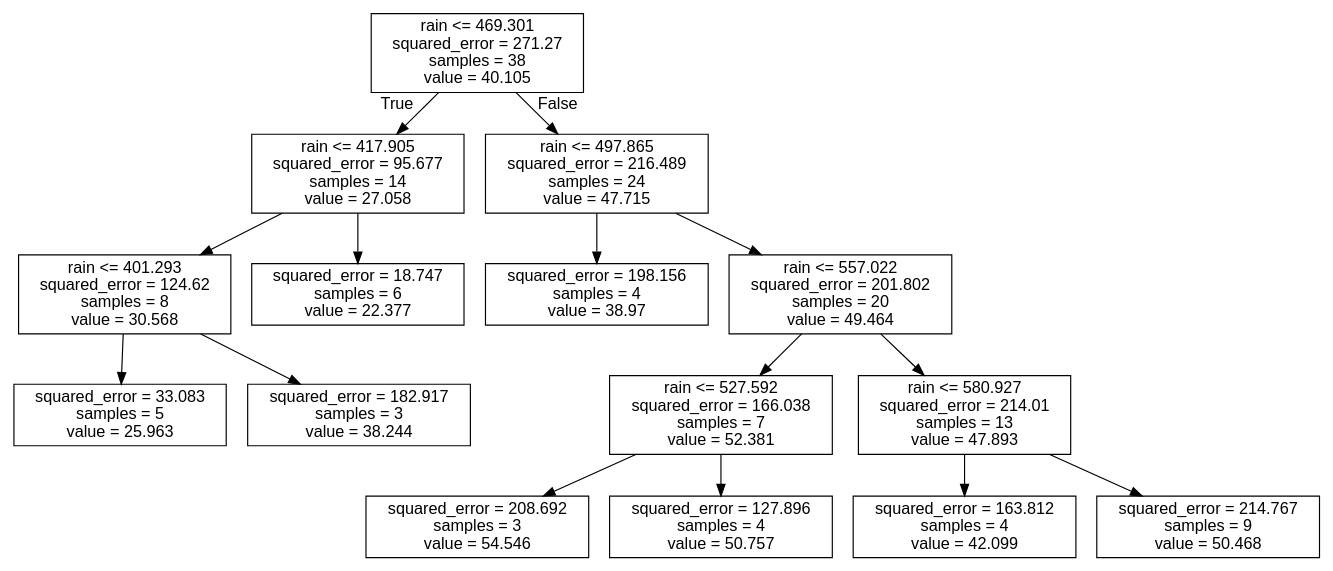
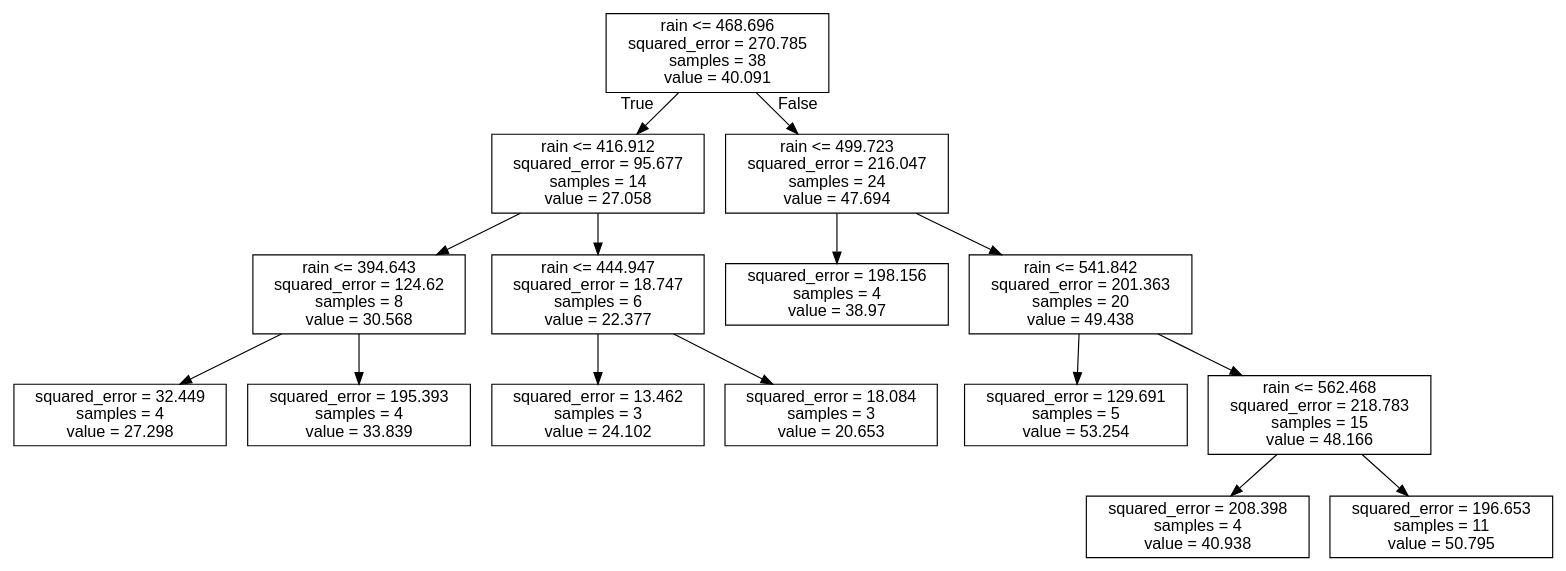
One commit to LeahJB/gbn-vansjo changed the diagram in Figures/Discretization_regTrees/DotFiles/6Mseasons_colour-rain.dot. Above: the diagram before and after it, drawn with Graphviz. The commit also changed 97 other files, not shown here.

```diff
--- a/Figures/Discretization_regTrees/DotFiles/6Mseasons_colour-rain.dot
+++ b/Figures/Discretization_regTrees/DotFiles/6Mseasons_colour-rain.dot
@@ -1,33 +1,33 @@
 digraph Tree {
 node [shape=box, fontname="helvetica"] ;
 edge [fontname="helvetica"] ;
-0 [label="rain <= 469.301\nsquared_error = 271.27\nsamples = 38\nvalue = 40.105"] ;
-1 [label="rain <= 417.905\nsquared_error = 95.677\nsamples = 14\nvalue = 27.058"] ;
+0 [label="rain <= 468.696\nsquared_error = 270.785\nsamples = 38\nvalue = 40.091"] ;
+1 [label="rain <= 416.912\nsquared_error = 95.677\nsamples = 14\nvalue = 27.058"] ;
 0 -> 1 [labeldistance=2.5, labelangle=45, headlabel="True"] ;
-5 [label="rain <= 401.293\nsquared_error = 124.62\nsamples = 8\nvalue = 30.568"] ;
+5 [label="rain <= 394.643\nsquared_error = 124.62\nsamples = 8\nvalue = 30.568"] ;
 1 -> 5 ;
-7 [label="squared_error = 33.083\nsamples = 5\nvalue = 25.963"] ;
-5 -> 7 ;
-8 [label="squared_error = 182.917\nsamples = 3\nvalue = 38.244"] ;
-5 -> 8 ;
-6 [label="squared_error = 18.747\nsamples = 6\nvalue = 22.377"] ;
+11 [label="squared_error = 32.449\nsamples = 4\nvalue = 27.298"] ;
+5 -> 11 ;
+12 [label="squared_error = 195.393\nsamples = 4\nvalue = 33.839"] ;
+5 -> 12 ;
+6 [label="rain <= 444.947\nsquared_error = 18.747\nsamples = 6\nvalue = 22.377"] ;
 1 -> 6 ;
-2 [label="rain <= 497.865\nsquared_error = 216.489\nsamples = 24\nvalue = 47.715"] ;
+13 [label="squared_error = 13.462\nsamples = 3\nvalue = 24.102"] ;
+6 -> 13 ;
+14 [label="squared_error = 18.084\nsamples = 3\nvalue = 20.653"] ;
+6 -> 14 ;
+2 [label="rain <= 499.723\nsquared_error = 216.047\nsamples = 24\nvalue = 47.694"] ;
 0 -> 2 [labeldistance=2.5, labelangle=-45, headlabel="False"] ;
 3 [label="squared_error = 198.156\nsamples = 4\nvalue = 38.97"] ;
 2 -> 3 ;
-4 [label="rain <= 557.022\nsquared_error = 201.802\nsamples = 20\nvalue = 49.464"] ;
+4 [label="rain <= 541.842\nsquared_error = 201.363\nsamples = 20\nvalue = 49.438"] ;
 2 -> 4 ;
-9 [label="rain <= 527.592\nsquared_error = 166.038\nsamples = 7\nvalue = 52.381"] ;
-4 -> 9 ;
-13 [label="squared_error = 208.692\nsamples = 3\nvalue = 54.546"] ;
-9 -> 13 ;
-14 [label="squared_error = 127.896\nsamples = 4\nvalue = 50.757"] ;
-9 -> 14 ;
-10 [label="rain <= 580.927\nsquared_error = 214.01\nsamples = 13\nvalue = 47.893"] ;
-4 -> 10 ;
-11 [label="squared_error = 163.812\nsamples = 4\nvalue = 42.099"] ;
-10 -> 11 ;
-12 [label="squared_error = 214.767\nsamples = 9\nvalue = 50.468"] ;
-10 -> 12 ;
+7 [label="squared_error = 129.691\nsamples = 5\nvalue = 53.254"] ;
+4 -> 7 ;
+8 [label="rain <= 562.468\nsquared_error = 218.783\nsamples = 15\nvalue = 48.166"] ;
+4 -> 8 ;
+9 [label="squared_error = 208.398\nsamples = 4\nvalue = 40.938"] ;
+8 -> 9 ;
+10 [label="squared_error = 196.653\nsamples = 11\nvalue = 50.795"] ;
+8 -> 10 ;
 }
```
